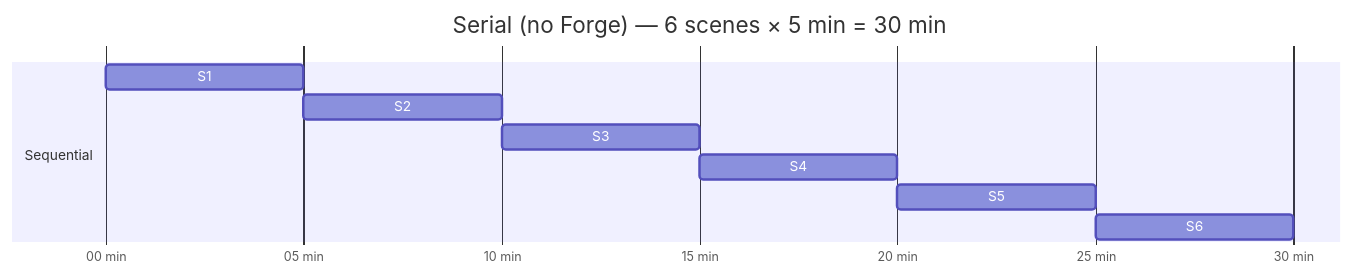
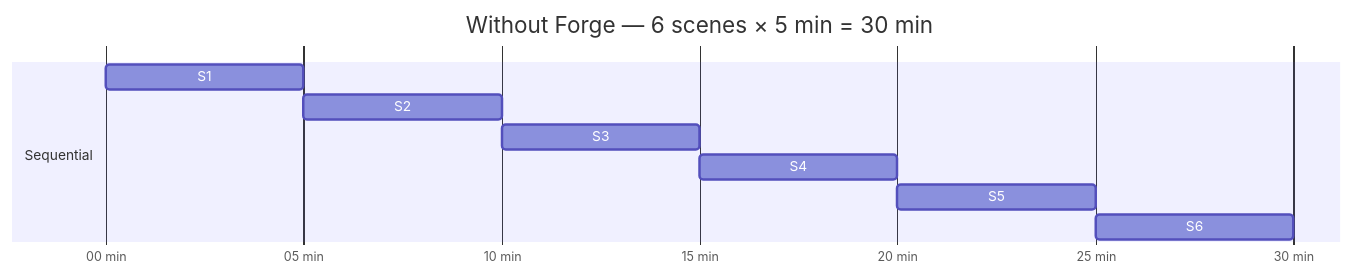
One commit to F-R-L/forge-film changed the first of 3 diagrams in README.md. Above: the diagram before and after it, drawn with Mermaid. The commit also changed other lines of this file, not shown here.

````diff
--- a/README.md
+++ b/README.md
@@ -44,13 +40,13 @@
 ```mermaid
 gantt
-    title Serial (no Forge) — 6 scenes × 5 min = 30 min
+    title Without Forge — 6 scenes × 5 min = 30 min
     dateFormat mm
     axisFormat %M min
     section Sequential
     S1 :s1, 00, 5m
     S2 :s2, after s1, 5m
     S3 :s3, after s2, 5m
     S4 :s4, after s3, 5m
     S5 :s5, after s4, 5m
     S6 :s6, after s5, 5m
 ```
````
